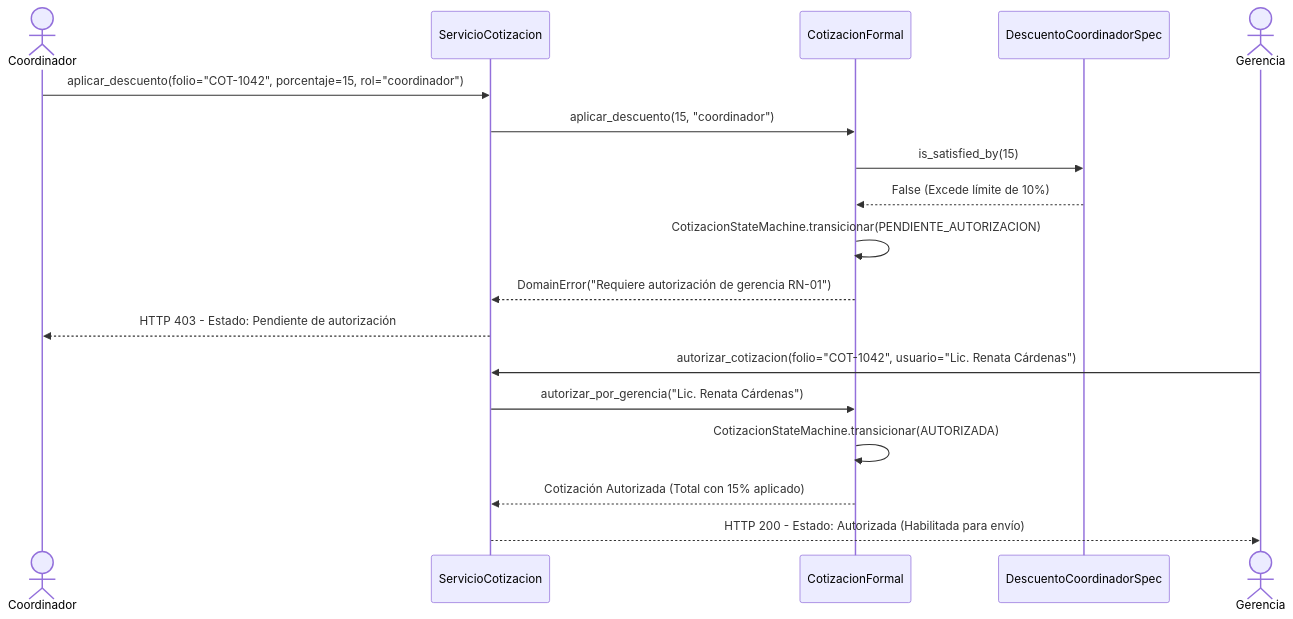
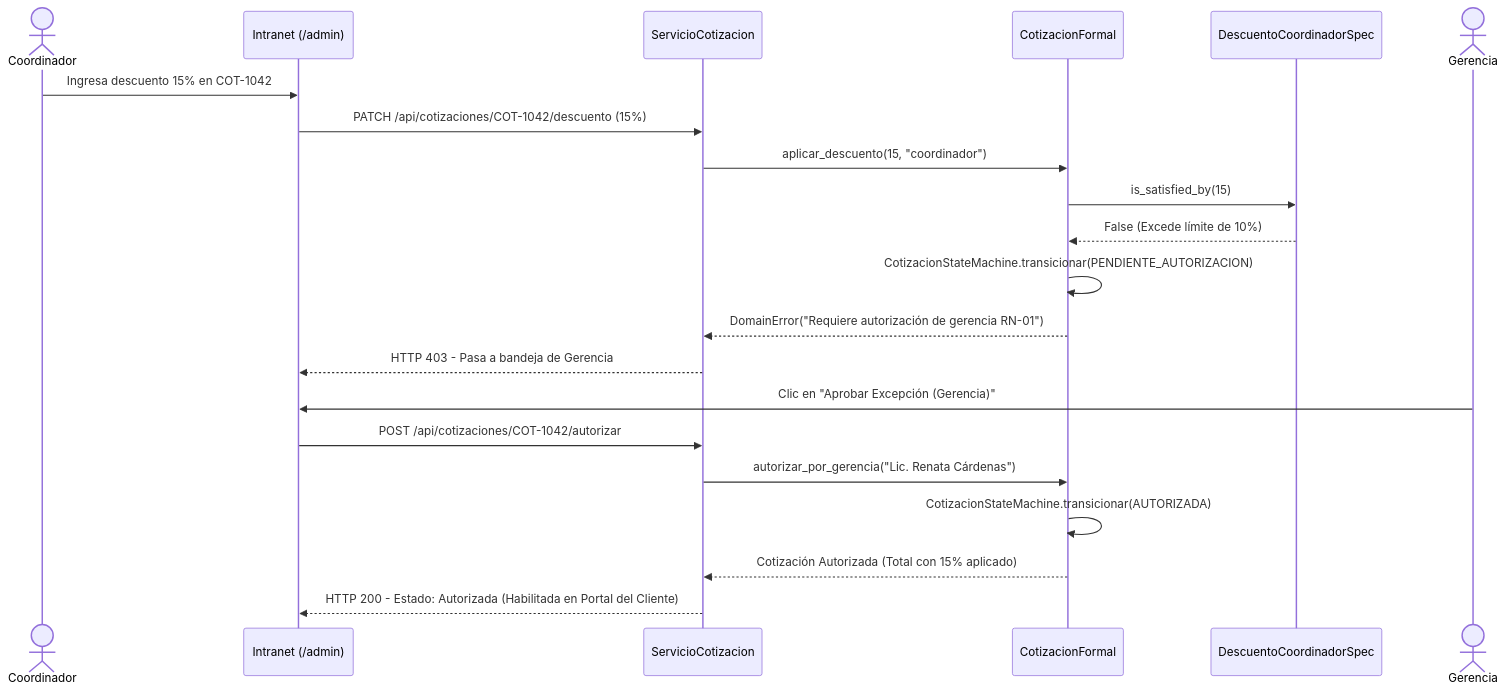
The fourth of 6 diagrams in docs/architecture/Diagramas_UML.md (DamiNerio/CleanPro-CLNG-PIA-), drawn with Mermaid before and after one commit. The commit also changed other lines of this file, not shown here.

Commit message:
modified:   docs/architecture/Diagramas_UML.md

````diff
--- a/docs/architecture/Diagramas_UML.md
+++ b/docs/architecture/Diagramas_UML.md
@@ -210,22 +209,25 @@
 ```mermaid
 sequenceDiagram
     actor Coordinador
+    participant AdminUI as Intranet (/admin)
     participant SC as ServicioCotizacion
     participant CF as CotizacionFormal
     participant Spec as DescuentoCoordinadorSpec
     actor Gerencia
 
-    Coordinador->>SC: aplicar_descuento(folio="COT-1042", porcentaje=15, rol="coordinador")
+    Coordinador->>AdminUI: Ingresa descuento 15% en COT-1042
+    AdminUI->>SC: PATCH /api/cotizaciones/COT-1042/descuento (15%)
     SC->>CF: aplicar_descuento(15, "coordinador")
     CF->>Spec: is_satisfied_by(15)
     Spec-->>CF: False (Excede límite de 10%)
     CF->>CF: CotizacionStateMachine.transicionar(PENDIENTE_AUTORIZACION)
     CF-->>SC: DomainError("Requiere autorización de gerencia RN-01")
-    SC-->>Coordinador: HTTP 403 - Estado: Pendiente de autorización
+    SC-->>AdminUI: HTTP 403 - Pasa a bandeja de Gerencia
     
-    Gerencia->>SC: autorizar_cotizacion(folio="COT-1042", usuario="Lic. Renata Cárdenas")
+    Gerencia->>AdminUI: Clic en "Aprobar Excepción (Gerencia)"
+    AdminUI->>SC: POST /api/cotizaciones/COT-1042/autorizar
     SC->>CF: autorizar_por_gerencia("Lic. Renata Cárdenas")
     CF->>CF: CotizacionStateMachine.transicionar(AUTORIZADA)
     CF-->>SC: Cotización Autorizada (Total con 15% aplicado)
-    SC-->>Gerencia: HTTP 200 - Estado: Autorizada (Habilitada para envío)
+    SC-->>AdminUI: HTTP 200 - Estado: Autorizada (Habilitada en Portal del Cliente)
 ```
````
